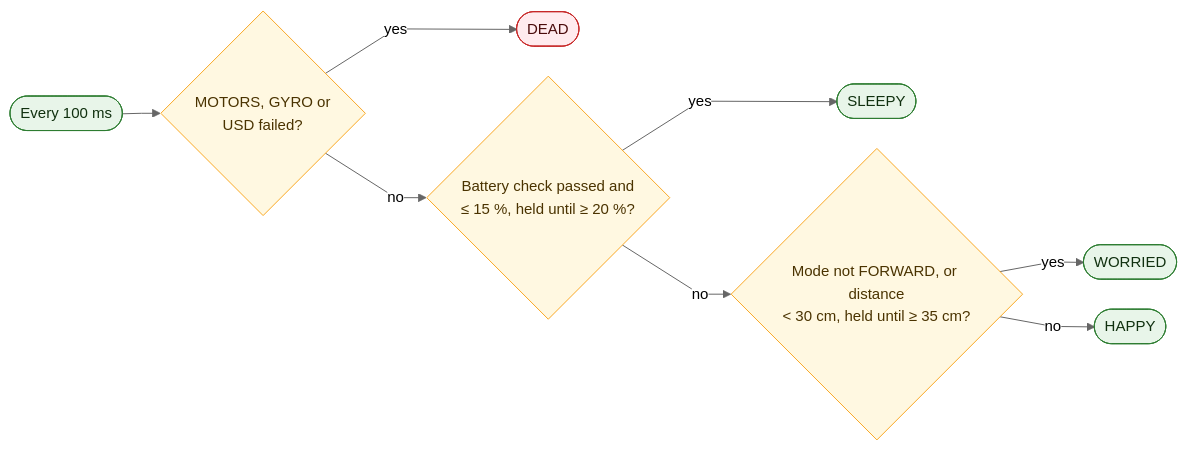
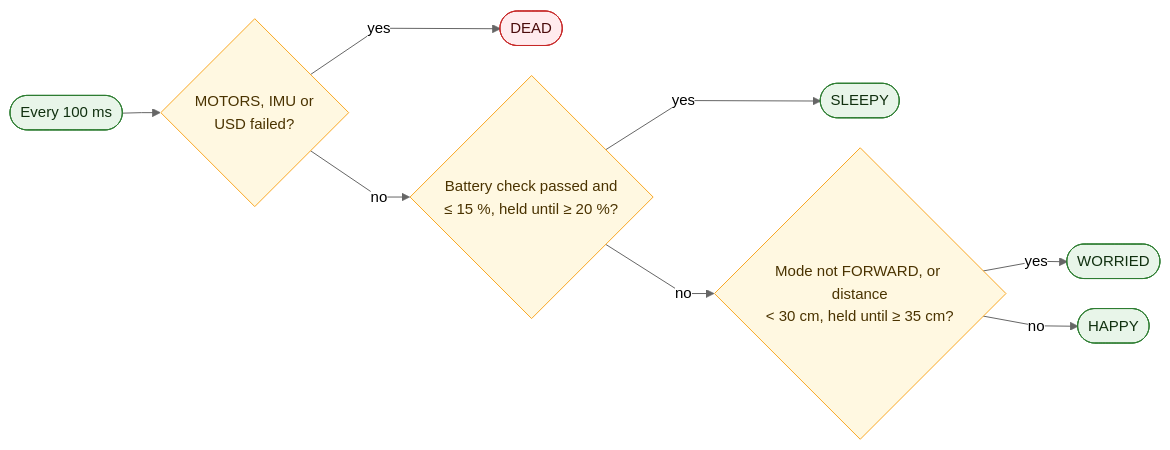
The eighth of 11 diagrams in Documents/Anusmarak - SDD.md (Sky-0-0/Anusmarak), drawn with Mermaid before and after one commit. The commit also changed other lines of this file and 7 other files, not shown here.

````diff
--- a/Documents/Anusmarak - SDD.md
+++ b/Documents/Anusmarak - SDD.md
@@ -632,18 +638,18 @@
 ```mermaid
 %%{init: {"theme":"neutral","themeVariables":{"fontFamily":"Helvetica, Arial, sans-serif","fontSize":"15px"},"flowchart":{"curve":"linear","nodeSpacing":30,"rankSpacing":38,"padding":12}}}%%
 flowchart LR
-  A(["Every 100 ms"]) --> D{"MOTORS, GYRO or<br/>USD failed?"}
+  A(["Every 100 ms"]) --> D{"MOTORS, IMU or<br/>USD failed?"}
   D -->|"yes"| R1(["DEAD"])
   D -->|"no"| S{"Battery check passed and<br/>≤ 15 %, held until ≥ 20 %?"}
   S -->|"yes"| R2(["SLEEPY"])
   S -->|"no"| W{"Mode not FORWARD, or distance<br/>< 30 cm, held until ≥ 35 cm?"}
   W -->|"yes"| R3(["WORRIED"])
   W -->|"no"| R4(["HAPPY"])
   classDef r fill:#e8f5e9,stroke:#2e7d32,color:#10300f
   classDef d fill:#fff8e1,stroke:#f9a825,color:#4a3300
   classDef x fill:#ffebee,stroke:#c62828,color:#4a0b0b
   class A,R4 r
   class D,S,W d
   class R1 x
   class R2,R3 r
 ```
````
